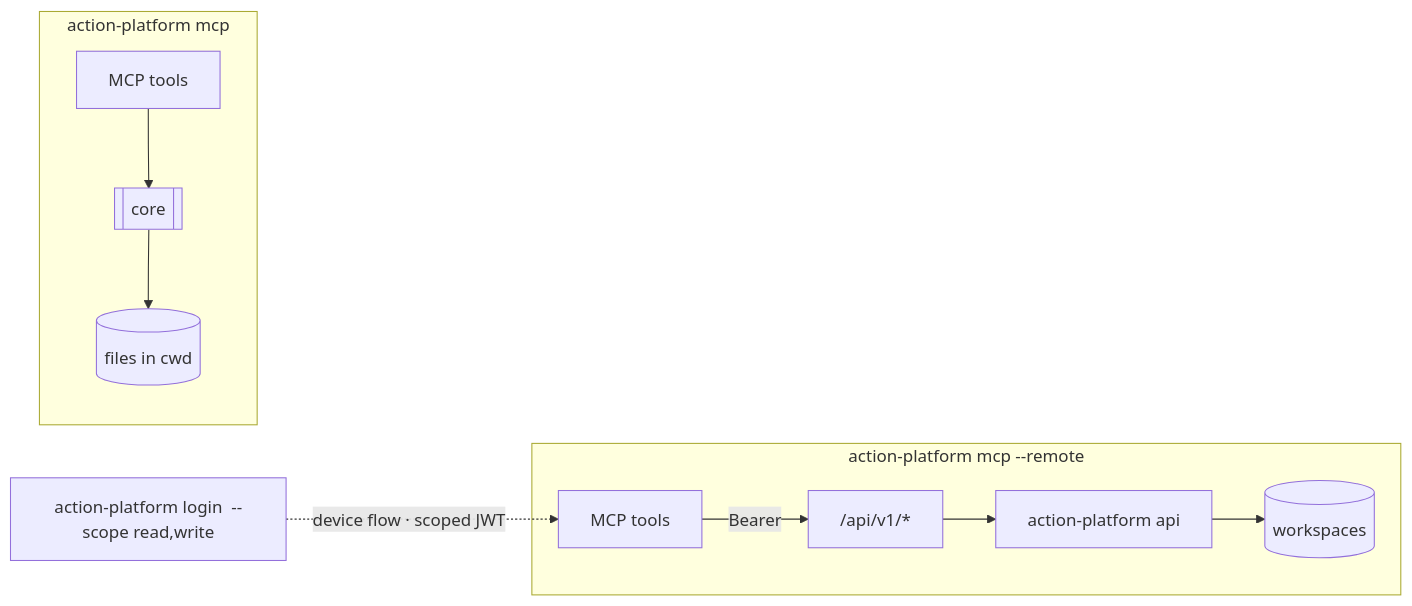
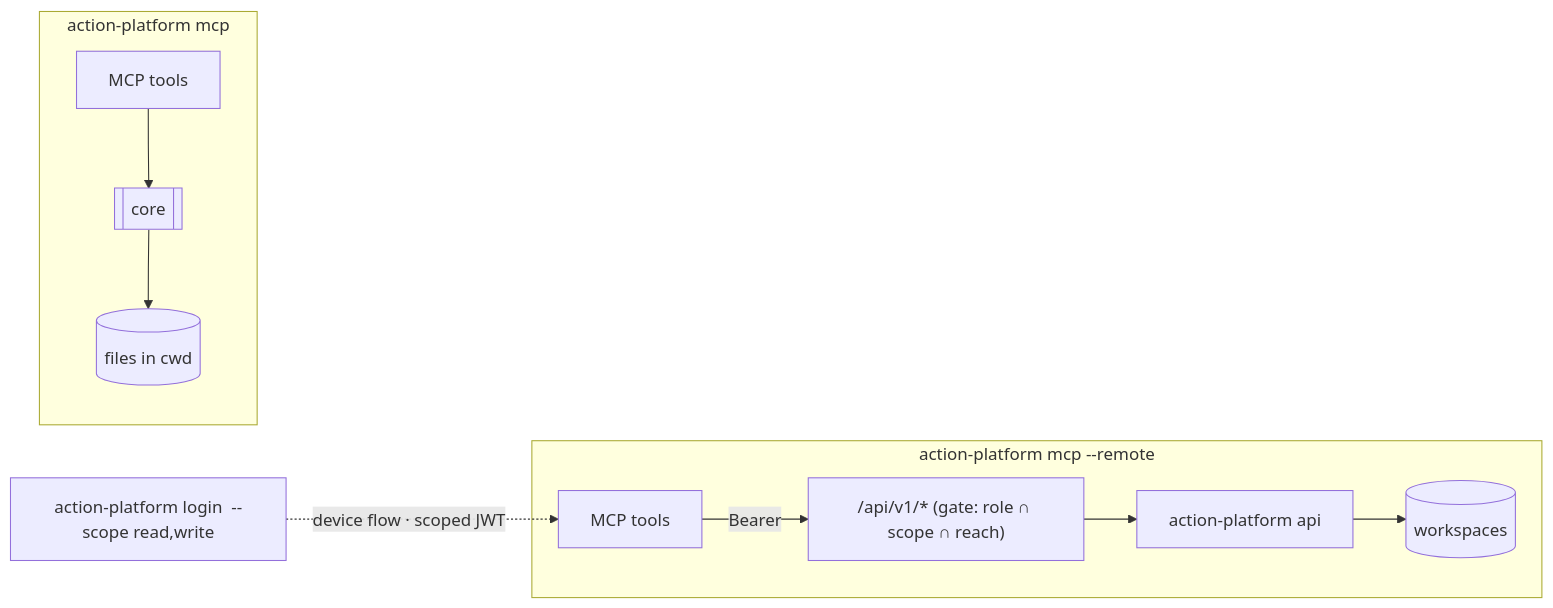
The diagram in docs/use_mcp.md (actionplatform/action-platform), drawn with Mermaid before and after one commit. The commit also changed other lines of this file and 5 other files, not shown here.

Commit message:
docs: the /api/v1 gate, what the API fills in, what still lives in the web app

````diff
--- a/docs/use_mcp.md
+++ b/docs/use_mcp.md
@@ -26,10 +26,10 @@
 ```mermaid
 flowchart LR
     subgraph local["action-platform mcp"]
         L1[MCP tools] --> C1[[core]] --> F[(files in cwd)]
     end
     subgraph remote["action-platform mcp --remote"]
-        L2[MCP tools] -->|Bearer| V["/api/v1/*"] --> API[action-platform api] --> WS[(workspaces)]
+        L2[MCP tools] -->|Bearer| V["/api/v1/* (gate: role ∩ scope ∩ reach)"] --> API[action-platform api] --> WS[(workspaces)]
     end
     login["action-platform login <url> --scope read,write"] -.->|device flow · scoped JWT| L2
 ```
````
